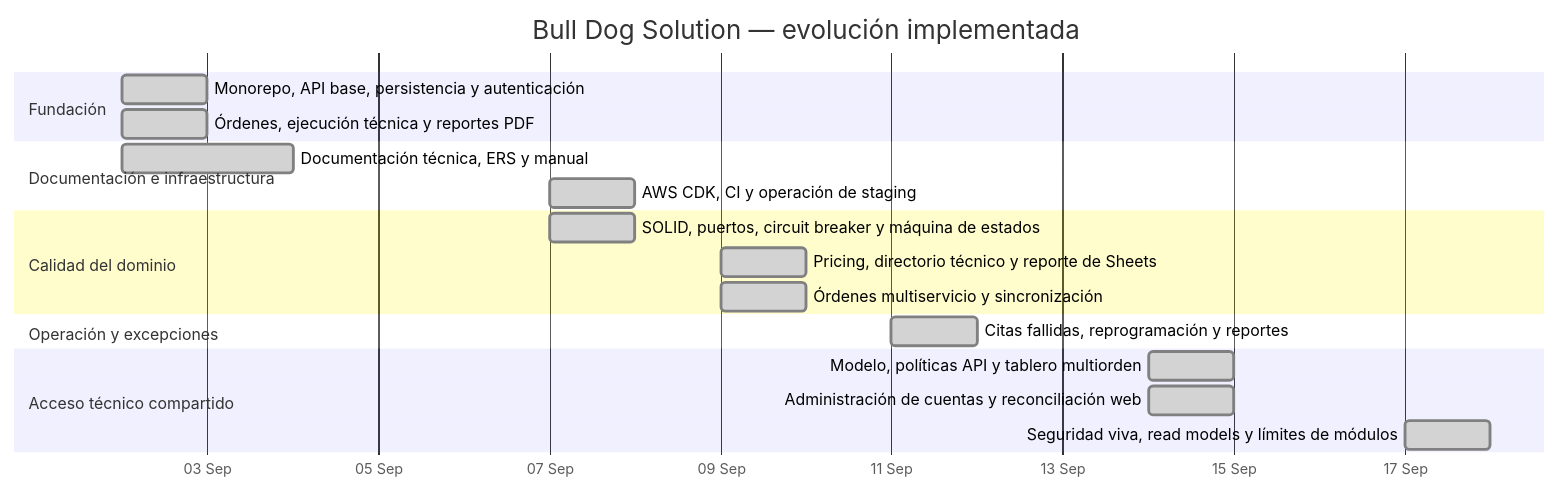
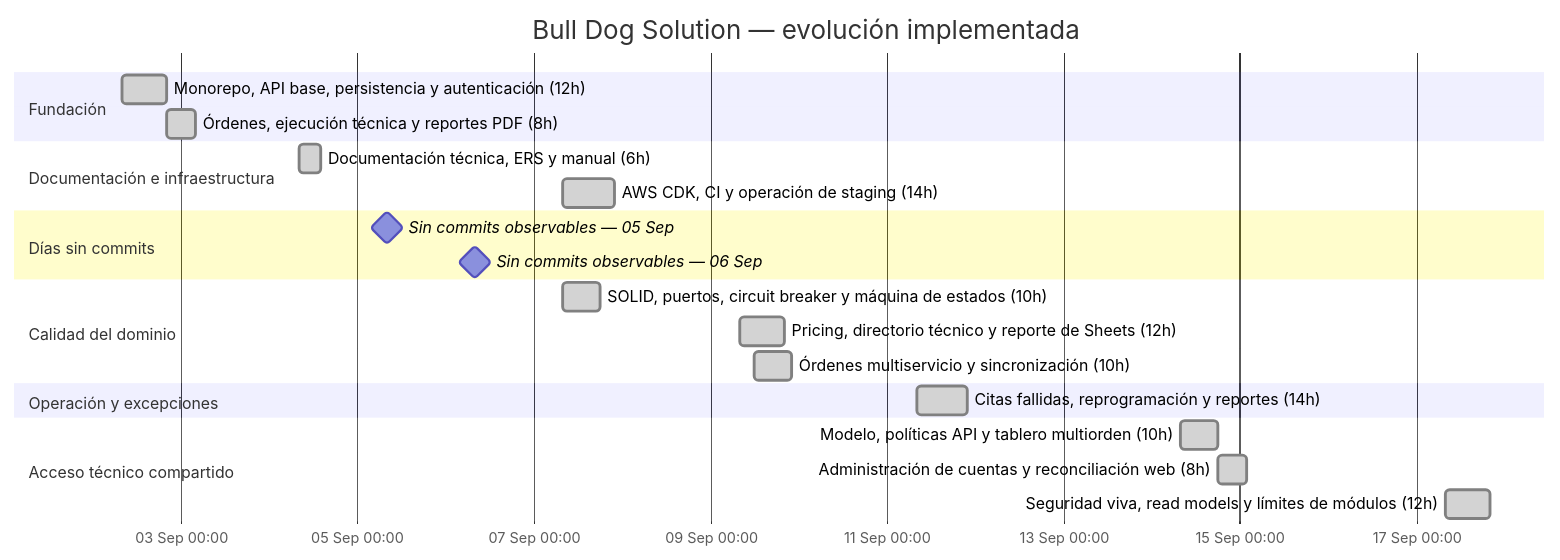
Before and after one commit to luistorres-idt/puk: the diagram in docs/project-timeline.md, drawn with Mermaid. The commit also changed other lines of this file and 21 other files, not shown here.

````diff
--- a/docs/project-timeline.md
+++ b/docs/project-timeline.md
@@ -9,28 +11,32 @@
 ```mermaid
 gantt
     title Bull Dog Solution — evolución implementada
-    dateFormat  YYYY-MM-DD
-    axisFormat  %d %b
+    dateFormat  YYYY-MM-DD HH:mm
+    axisFormat  %d %b %H:%M
     todayMarker stroke-width:2,stroke:#ef4444
 
     section Fundación
-    Monorepo, API base, persistencia y autenticación :done, foundation, 2026-09-02, 1d
-    Órdenes, ejecución técnica y reportes PDF          :done, core, 2026-09-02, 1d
+    Monorepo, API base, persistencia y autenticación (12h) :done, foundation, 2026-09-02 08:00, 12h
+    Órdenes, ejecución técnica y reportes PDF (8h)          :done, core, after foundation, 8h
 
     section Documentación e infraestructura
-    Documentación técnica, ERS y manual                :done, docs, 2026-09-02, 2026-09-04
-    AWS CDK, CI y operación de staging                 :done, infra, 2026-09-07, 1d
+    Documentación técnica, ERS y manual (6h)            :done, docs, 2026-09-04 08:00, 6h
+    AWS CDK, CI y operación de staging (14h)            :done, infra, 2026-09-07 08:00, 14h
+
+    section Días sin commits
+    Sin commits observables — 05 Sep                :milestone, pause-05, 2026-09-05 08:00, 0h
+    Sin commits observables — 06 Sep                :milestone, pause-06, 2026-09-06 08:00, 0h
 
     section Calidad del dominio
-    SOLID, puertos, circuit breaker y máquina de estados :done, solid, 2026-09-07, 1d
-    Pricing, directorio técnico y reporte de Sheets     :done, pricing, 2026-09-09, 1d
-    Órdenes multiservicio y sincronización              :done, multiservice, 2026-09-09, 1d
+    SOLID, puertos, circuit breaker y máquina de estados (10h) :done, solid, 2026-09-07 08:00, 10h
+    Pricing, directorio técnico y reporte de Sheets (12h)     :done, pricing, 2026-09-09 08:00, 12h
+    Órdenes multiservicio y sincronización (10h)              :done, multiservice, 2026-09-09 12:00, 10h
 
     section Operación y excepciones
-    Citas fallidas, reprogramación y reportes           :done, failed, 2026-09-11, 1d
+    Citas fallidas, reprogramación y reportes (14h)     :done, failed, 2026-09-11 08:00, 14h
 
     section Acceso técnico compartido
-    Modelo, políticas API y tablero multiorden          :done, shared-api, 2026-09-14, 1d
-    Administración de cuentas y reconciliación web      :done, shared-web, 2026-09-14, 1d
-    Seguridad viva, read models y límites de módulos    :done, hardening, 2026-09-17, 1d
+    Modelo, políticas API y tablero multiorden (10h)    :done, shared-api, 2026-09-14 08:00, 10h
+    Administración de cuentas y reconciliación web (8h) :done, shared-web, 2026-09-14 18:00, 8h
+    Seguridad viva, read models y límites de módulos (12h) :done, hardening, 2026-09-17 08:00, 12h
 ```
````
